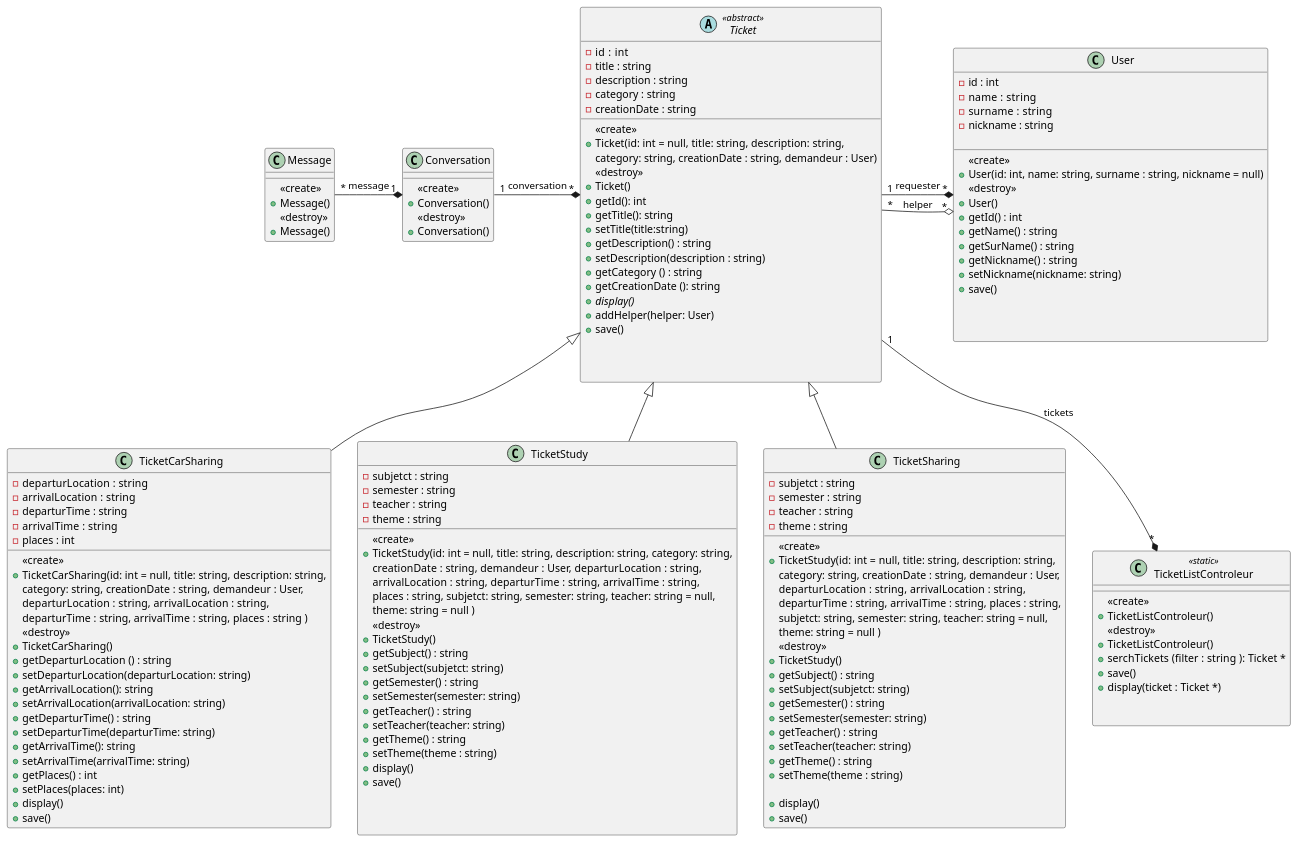
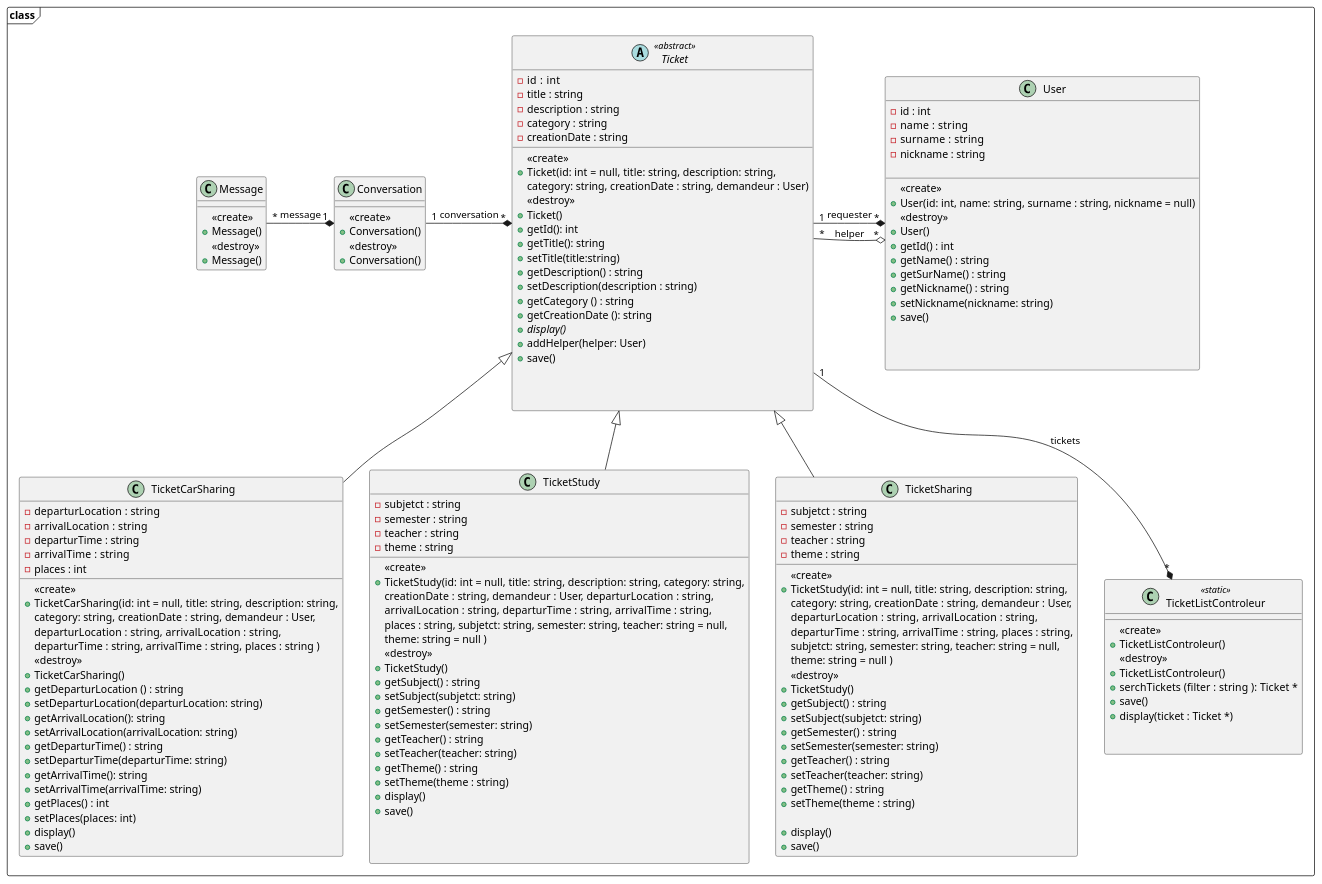
The diagram in docs/UML/Diagramme de classe.puml (dorianleveque/CoHub), drawn with PlantUML before and after one commit.

Commit message:
ajout d'un cadre autour diagramme de classe

```diff
--- a/docs/UML/Diagramme de classe.puml
+++ b/docs/UML/Diagramme de classe.puml
@@ -1,180 +1,182 @@
 @startuml diagramme de classe
+package "class" as alias <<Frame>> {
 
 abstract class Ticket <<abstract>> {
 - id  : int
 - title : string
 - description : string 
 - category : string 
 - creationDate : string
 __
 <<create>>
 + Ticket(id: int = null, title: string, description:  string,
  category: string, creationDate : string, demandeur : User)
 <<destroy>>
 + Ticket()
 + getId(): int
 + getTitle(): string
 + setTitle(title:string)
 + getDescription() : string
 + setDescription(description : string) 
 + getCategory () : string
 + getCreationDate (): string
 {abstract}+ display()
 + addHelper(helper: User)
 +save()
 
 
 
 }
 
 class Conversation  {
 __
 <<create>>
 + Conversation()
 <<destroy>>
 + Conversation()
 }
 
 
 class Message  {
 __
 <<create>>
 + Message()
 <<destroy>>
 + Message()
 }
 
 class TicketCarSharing  {
 - departurLocation  : string
 - arrivalLocation  : string
 - departurTime : string
 - arrivalTime  : string
 - places : int
 __
 <<create>>
 + TicketCarSharing(id: int = null, title: string, description:  string, 
 category: string, creationDate : string, demandeur : User,
 departurLocation  : string, arrivalLocation  : string, 
 departurTime : string, arrivalTime  : string, places : string )
 <<destroy>>
 + TicketCarSharing()
 + getDeparturLocation () : string
 + setDeparturLocation(departurLocation: string)
 + getArrivalLocation(): string
 + setArrivalLocation(arrivalLocation: string)
 + getDeparturTime() : string
 + setDeparturTime(departurTime: string)
 + getArrivalTime(): string
 + setArrivalTime(arrivalTime: string)
 + getPlaces() : int
 + setPlaces(places: int)
 + display()
 + save()
 }
 
 
 
 class TicketStudy  {
 - subjetct : string
 - semester : string
 - teacher : string
 - theme : string
 __
 <<create>>
 + TicketStudy(id: int = null, title: string, description:  string, category: string, 
 creationDate : string, demandeur : User, departurLocation  : string, 
 arrivalLocation  : string, departurTime : string, arrivalTime  : string, 
 places : string, subjetct: string, semester: string, teacher: string = null,
  theme: string = null )
 <<destroy>>
 + TicketStudy()
 + getSubject() : string
 + setSubject(subjetct: string)
 + getSemester() : string
 + setSemester(semester: string)
 + getTeacher() : string
 + setTeacher(teacher: string)
 + getTheme() : string
 + setTheme(theme : string)
 + display()
 + save()
 
 
 
 }
 
 class TicketSharing  {
 - subjetct : string
 - semester : string
 - teacher : string
 - theme : string
 __
 <<create>>
 + TicketStudy(id: int = null, title: string, description:  string, 
 category: string, creationDate : string, demandeur : User, 
 departurLocation  : string, arrivalLocation  : string, 
 departurTime : string, arrivalTime  : string, places : string,
 subjetct: string, semester: string, teacher: string = null,
 theme: string = null )
 <<destroy>> 
 + TicketStudy()
 + getSubject() : string
 + setSubject(subjetct: string)
 + getSemester() : string
 + setSemester(semester: string)
 + getTeacher() : string
 + setTeacher(teacher: string)
 + getTheme() : string
 + setTheme(theme : string)
 
 + display()
 +save()
 }
 
 class User  {
 - id : int
 - name  : string
 - surname  : string
 - nickname : string
 
 __
 <<create>>
 + User(id: int, name: string, surname : string, nickname = null)
 <<destroy>>
 + User()
 + getId() : int
 + getName() : string
 + getSurName() : string
 + getNickname() : string
 + setNickname(nickname: string)
 + save()
 
 
 
 }
 
 
 class TicketListControleur <<static>> {
 __
 <<create>>
 + TicketListControleur()
 <<destroy>>
 + TicketListControleur()   
 + serchTickets (filter  : string ): Ticket *
 + save()
 + display(ticket : Ticket *)
 
 
 }
 
 
 Ticket <|-- TicketCarSharing
 Ticket <|--TicketStudy
 Ticket <|--TicketSharing
 User "*" *---left- "1" Ticket : requester
 User "*" o---left- "*" Ticket : helper
 Ticket "*" *---left- "1" Conversation: conversation
 Conversation"1" *-left-- "*" Message :message
 Ticket "1" -down-* "*" TicketListControleur : tickets
 
+}
 @enduml
```
